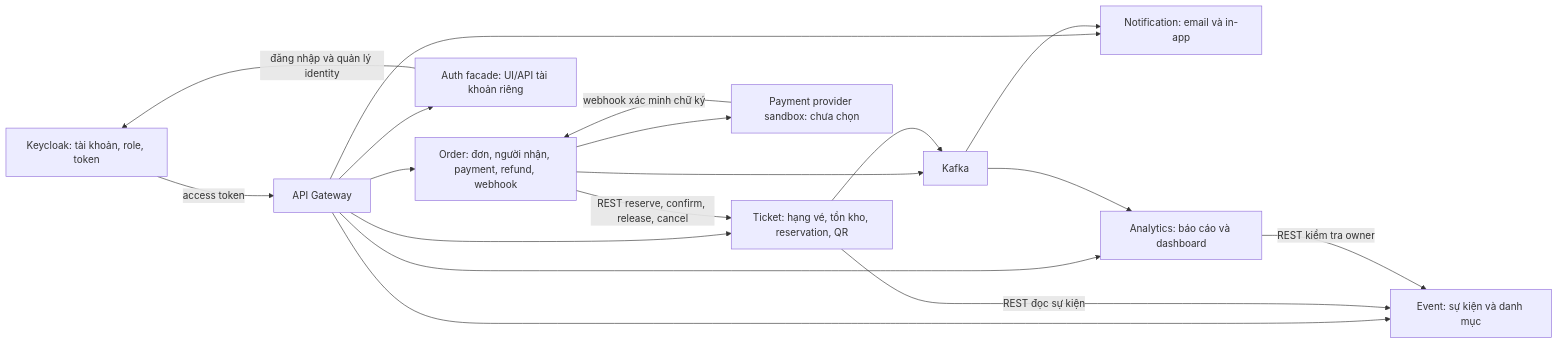
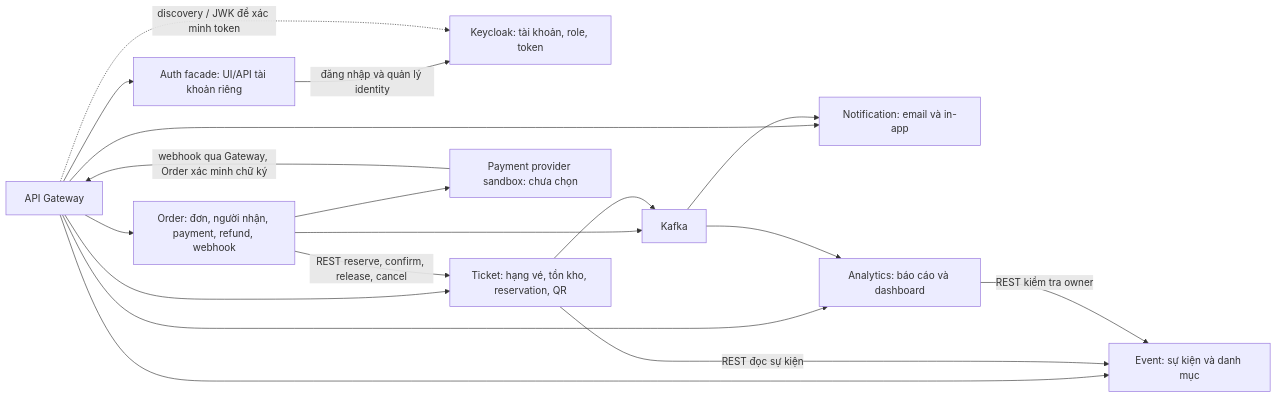
The first of 2 diagrams in docs/architecture/README.md (duymk123/EventHub), drawn with Mermaid before and after one commit. The commit also changed other lines of this file and 146 other files, not shown here.

````diff
--- a/docs/architecture/README.md
+++ b/docs/architecture/README.md
@@ -7,30 +9,30 @@
 ```mermaid
 flowchart LR
     KC[Keycloak: tài khoản, role, token]
     GW[API Gateway]
     E[Event: sự kiện và danh mục]
     T[Ticket: hạng vé, tồn kho, reservation, QR]
     O[Order: đơn, người nhận, payment, refund, webhook]
     K[Kafka]
     N[Notification: email và in-app]
     A[Analytics: báo cáo và dashboard]
     P[Payment provider sandbox: chưa chọn]
     AU[Auth facade: UI/API tài khoản riêng]
     GW --> AU
     AU -->|đăng nhập và quản lý identity| KC
-    KC -->|access token| GW
+    GW -.->|discovery / JWK để xác minh token| KC
     GW --> E
     GW --> T
     GW --> O
     GW --> N
     GW --> A
     O -->|REST reserve, confirm, release, cancel| T
     T -->|REST đọc sự kiện| E
     A -->|REST kiểm tra owner| E
     O --> P
-    P -->|webhook xác minh chữ ký| O
+    P -->|webhook qua Gateway, Order xác minh chữ ký| GW
     O --> K
     T --> K
     K --> N
     K --> A
 ```
````
